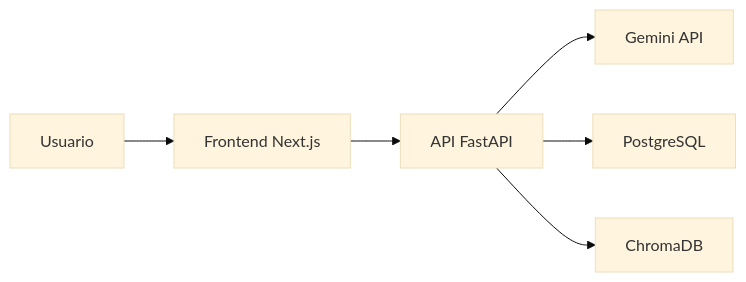
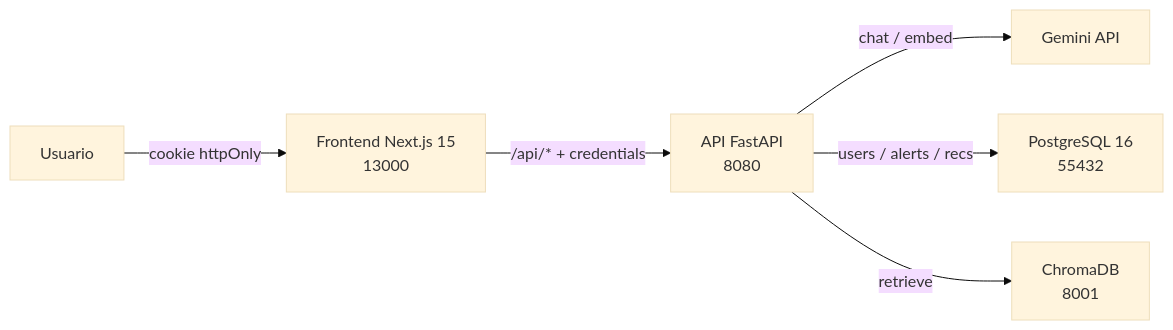
One commit to f3l0X/soc-copilot changed the first of 2 diagrams in docs/03-arquitectura.md. Above: the diagram before and after it, drawn with Mermaid (base theme). The commit also changed other lines of this file and 69 other files, not shown here.

````diff
--- a/docs/03-arquitectura.md
+++ b/docs/03-arquitectura.md
@@ -5,8 +5,8 @@
 ```mermaid
 flowchart LR
-    U["Usuario"] --> W["Frontend Next.js"]
-    W --> A["API FastAPI"]
-    A --> G["Gemini API"]
-    A --> P["PostgreSQL"]
-    A --> C["ChromaDB"]
+    U["Usuario"] -->|cookie httpOnly| W["Frontend Next.js 15<br>13000"]
+    W -->|/api/* + credentials| A["API FastAPI<br>8080"]
+    A -->|chat / embed| G["Gemini API"]
+    A -->|users / alerts / recs| P["PostgreSQL 16<br>55432"]
+    A -->|retrieve| C["ChromaDB<br>8001"]
 ```
````
